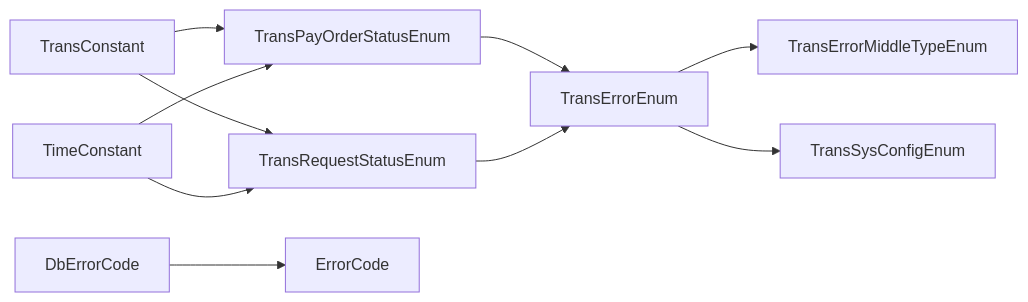
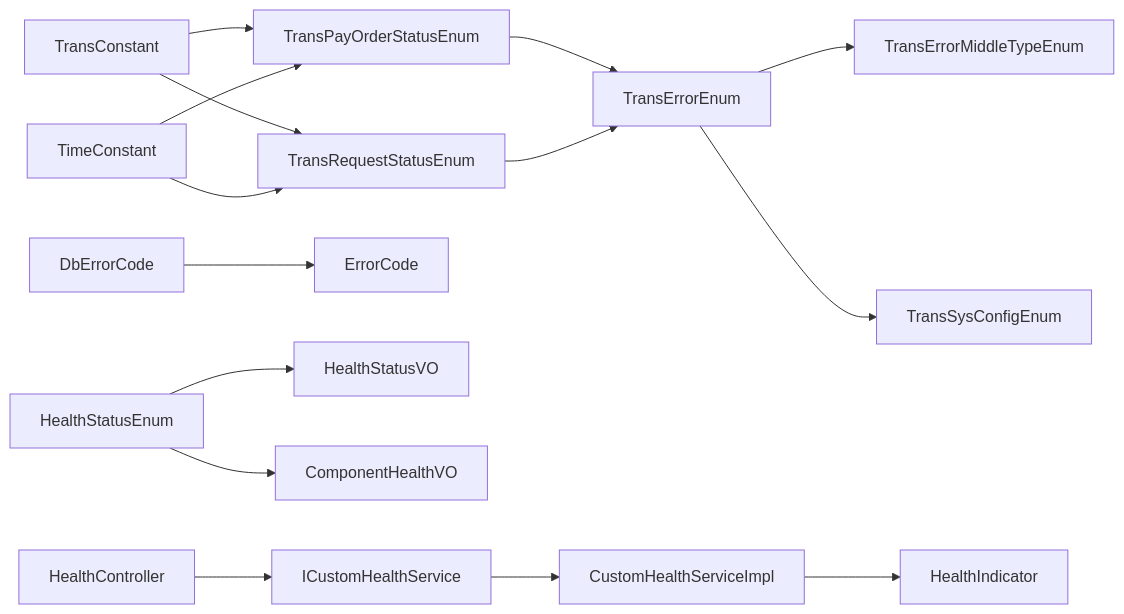
One commit to magicliang/domain-driven-transaction-sys changed the fifth of 5 diagrams in .qoder/repowiki/zh/content/通用工具类/业务常量与枚举.md. Above: the diagram before and after it, drawn with Mermaid. The commit also changed other lines of this file and 7 other files, not shown here.

````diff
--- a/.qoder/repowiki/zh/content/通用工具类/业务常量与枚举.md
+++ b/.qoder/repowiki/zh/content/通用工具类/业务常量与枚举.md
@@ -397,12 +577,17 @@
 ```mermaid
 graph LR
 TP["TransPayOrderStatusEnum"] --> TE["TransErrorEnum"]
 TRS["TransRequestStatusEnum"] --> TE
 TE --> TEMT["TransErrorMiddleTypeEnum"]
 TE --> TSC["TransSysConfigEnum"]
 DEC["DbErrorCode"] --> EC["ErrorCode"]
 TConst["TransConstant"] --> TP
 TConst --> TRS
 TmConst["TimeConstant"] --> TP
 TmConst --> TRS
+HSE["HealthStatusEnum"] --> HSV["HealthStatusVO"]
+HSE --> CHV["ComponentHealthVO"]
+HC["HealthController"] --> ICS["ICustomHealthService"]
+ICS --> CHS["CustomHealthServiceImpl"]
+CHS --> HI["HealthIndicator"]
 ```
````
